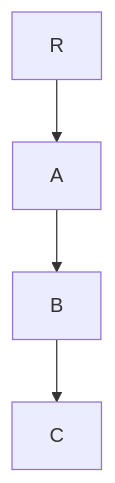
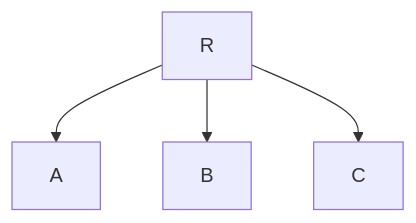
Before and after one commit to zblanco/runic: the first of 2 diagrams in README.md, drawn with Mermaid. The commit also changed 5 other files, not shown here.

````diff
--- a/README.md
+++ b/README.md
@@ -36,6 +36,6 @@
 ```mermaid
   graph TD;
       R-->A;
-      A-->B;
-      B-->C;
+      R-->B;
+      R-->C;
 ```
````
